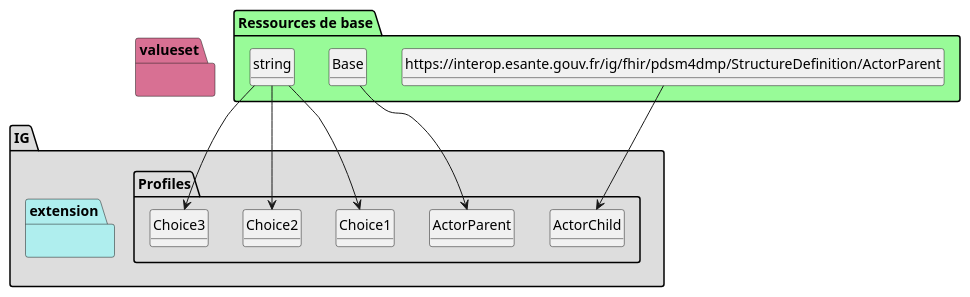
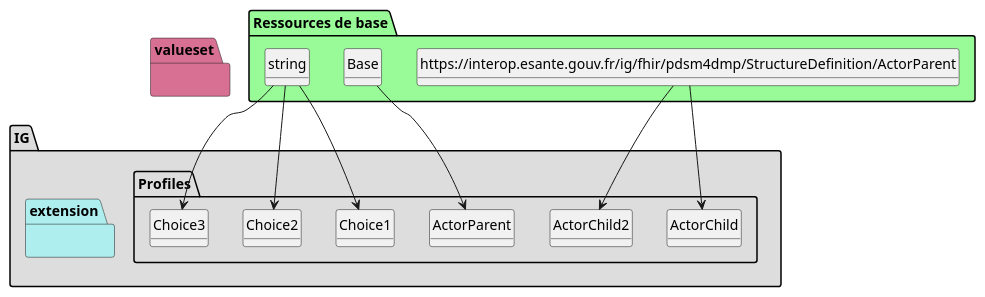
Before and after one commit to ansforge/IG-FHIR-PDSM4DMP-EEDS: the diagram in minimal-example/plantuml/graph.puml, drawn with PlantUML. The commit also changed 123 other files, not shown here.

```diff
--- a/minimal-example/plantuml/graph.puml
+++ b/minimal-example/plantuml/graph.puml
@@ -1,65 +1,77 @@
 @startuml
 set namespaceSeparator ?
 hide circle
 hide class fields
 
 package IG #DDDDDD{
 
      package Profiles #DDDDDD{
 
         class ActorChild{
 
              ActorChild => [None..None]
              ActorChild.XCN1[x] => [None..None]
         } 
 
+        class ActorChild2{
+
+             ActorChild2 => [None..None]
+             ActorChild2.XCN1[x] => [None..None]
+             ActorChild2.XCN3 => [None..None]
+        } 
+
         class ActorParent{
 
              ActorParent => [None..None]
              ActorParent.XCN1[x] => [1..1]
+             ActorParent.XCN3 => [1..1]
         } 
 
         class Choice1{
 
         } 
 
         class Choice2{
 
         } 
 
         class Choice3{
 
          }
 
      }
      package extension #paleturquoise {
 
 
          }
      }
      package valueset #PaleVioletRed{
        }
 
 package "Ressources de base" #palegreen {
 
  class "https://interop.esante.gouv.fr/ig/fhir/pdsm4dmp/StructureDefinition/ActorParent" as  class5b81927f666ca2324a3cdc0f71a4ef0c 
 
     class5b81927f666ca2324a3cdc0f71a4ef0c --> ActorChild
 
+ class "https://interop.esante.gouv.fr/ig/fhir/pdsm4dmp/StructureDefinition/ActorParent" as  class5b81927f666ca2324a3cdc0f71a4ef0c 
+
+    class5b81927f666ca2324a3cdc0f71a4ef0c --> ActorChild2
+
  class "Base" as  class095a1b43effec73955e31e790438de49 
 
     class095a1b43effec73955e31e790438de49 --> ActorParent
 
  class "string" as  classb45cffe084dd3d20d928bee85e7b0f21 
 
     classb45cffe084dd3d20d928bee85e7b0f21 --> Choice1
 
  class "string" as  classb45cffe084dd3d20d928bee85e7b0f21 
 
     classb45cffe084dd3d20d928bee85e7b0f21 --> Choice2
 
  class "string" as  classb45cffe084dd3d20d928bee85e7b0f21 
 
     classb45cffe084dd3d20d928bee85e7b0f21 --> Choice3
 }
 @enduml
```
